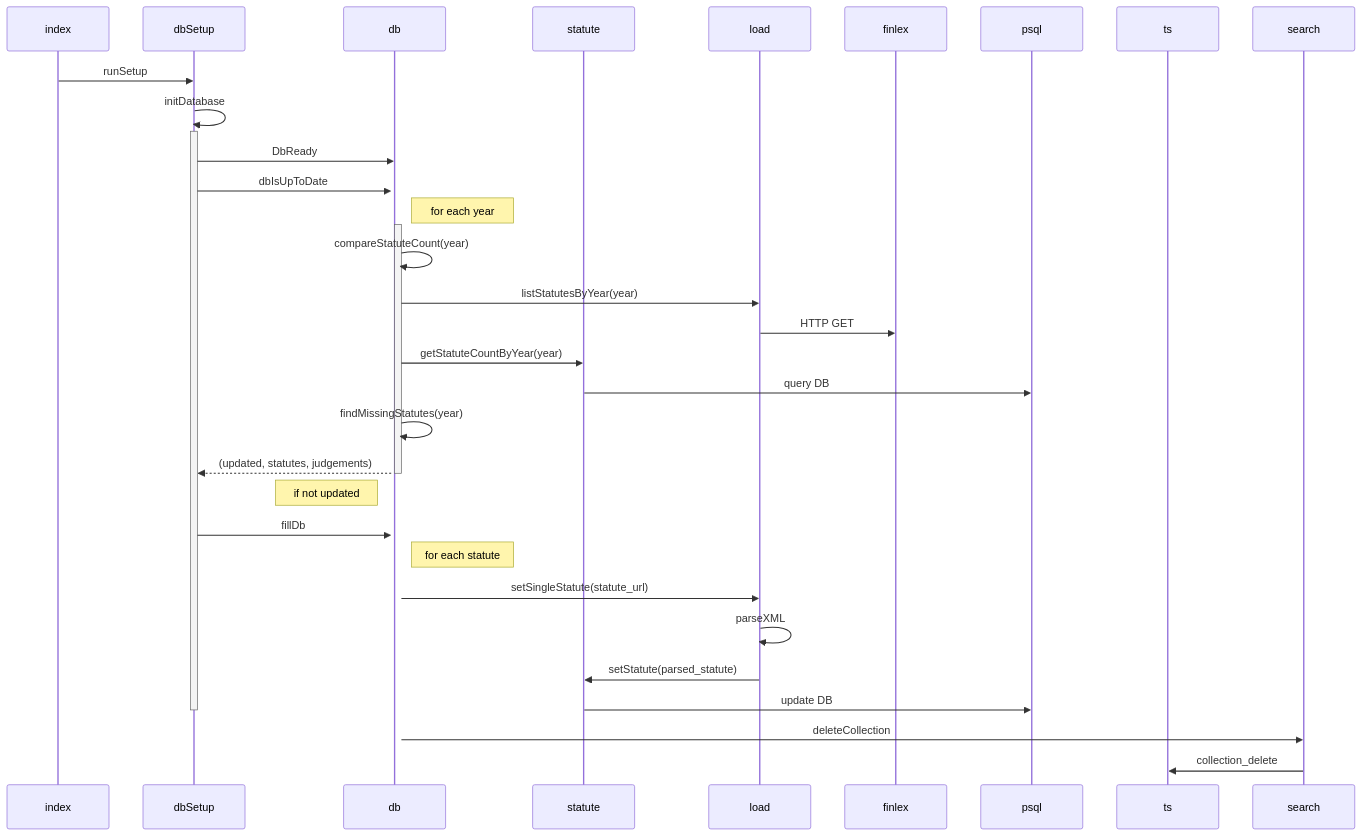
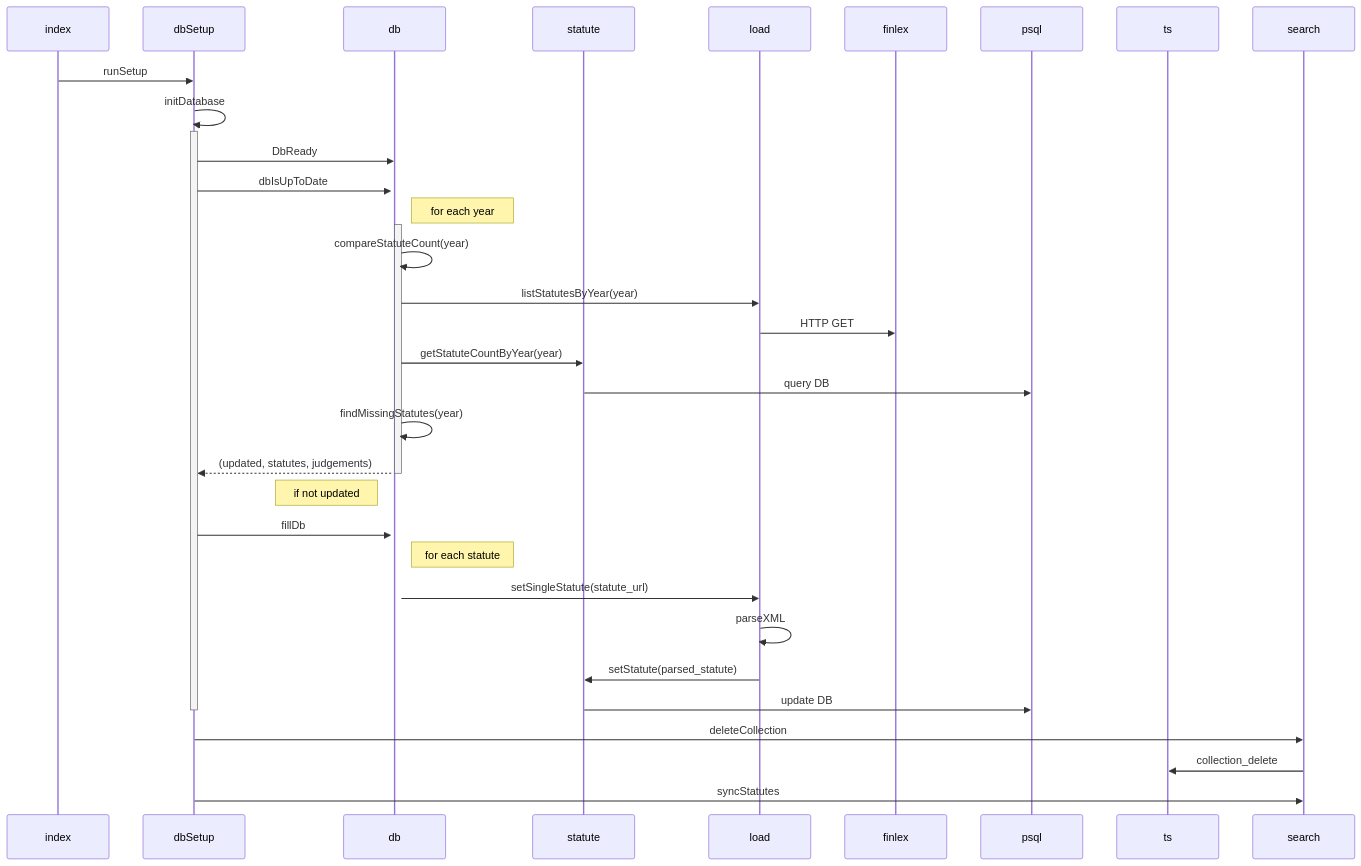
The first of 3 diagrams in README.md (mluukkai/poc), drawn with Mermaid before and after one commit.

Commit message:
Fix references in README for dbSetup and search

````diff
--- a/README.md
+++ b/README.md
@@ -1,38 +1,39 @@
 ```mermaid
 sequenceDiagram
   participant index
   participant dbSetup
   participant db
   participant statute
   participant load
   participant finlex
   participant psql
   participant ts
 
   index ->> dbSetup: runSetup
   dbSetup ->> dbSetup: initDatabase
   activate dbSetup
   dbSetup ->> db: DbReady
   dbSetup ->>+ db: dbIsUpToDate
   Note right of db: for each year
   activate db
   db ->> db: compareStatuteCount(year)
   db ->> load: listStatutesByYear(year)
   load ->> finlex: HTTP GET
   db ->> statute: getStatuteCountByYear(year)
   statute ->> psql: query DB
   db ->> db: findMissingStatutes(year)
   db -->> dbSetup: (updated, statutes, judgements)
   deactivate db
   Note left of db: if not updated
   dbSetup ->> db: fillDb
   activate db
   Note right of db: for each statute
   db ->> load: setSingleStatute(statute_url)
   load ->> load: parseXML
   load ->> statute: setStatute(parsed_statute)
   statute ->> psql: update DB
   deactivate dbSetup
-  db ->> search: deleteCollection
+  dbSetup ->> search: deleteCollection
   search->>ts: collection_delete
+  dbSetup ->> search: syncStatutes
 ```
````
